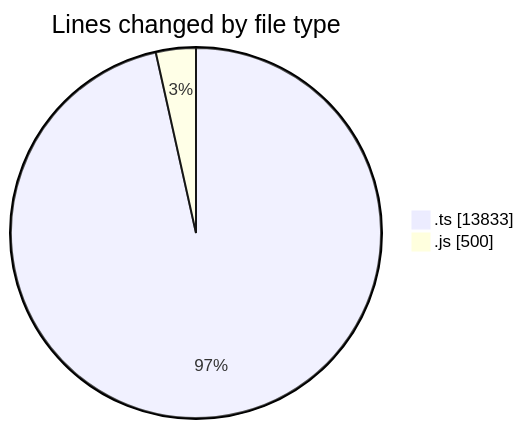
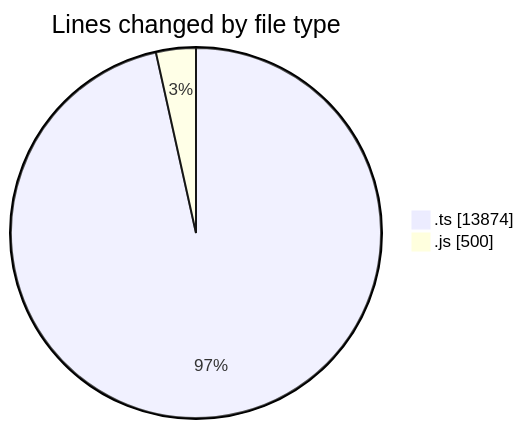
Before and after one commit to momahboobian/code-tracking: the first of 2 diagrams in 2025-06-26/cda/README.md, drawn with Mermaid. The commit also changed other lines of this file and 1 other file, not shown here.

````diff
--- a/2025-06-26/cda/README.md
+++ b/2025-06-26/cda/README.md
@@ -25,6 +25,6 @@
 ```mermaid
 pie showData
 title Lines changed by file type
-".ts" : 13833
+".ts" : 13874
 ".js" : 500
 ```
````
